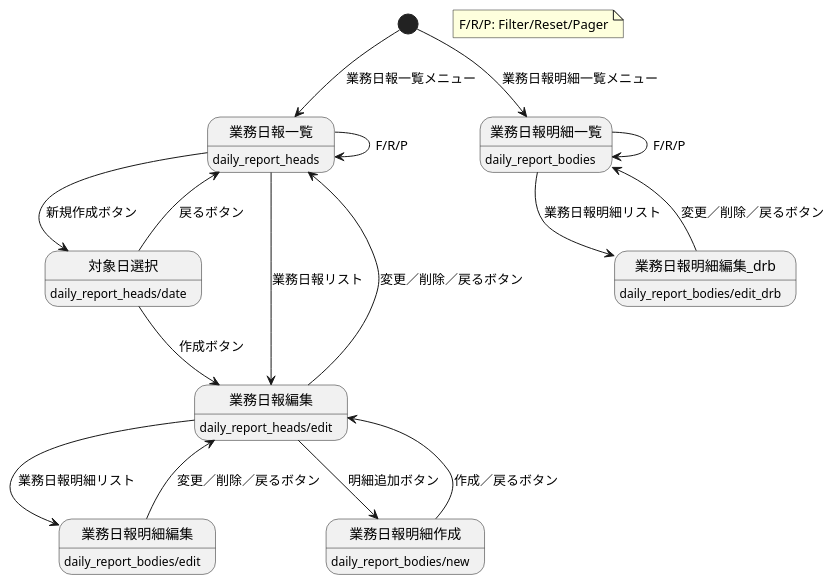
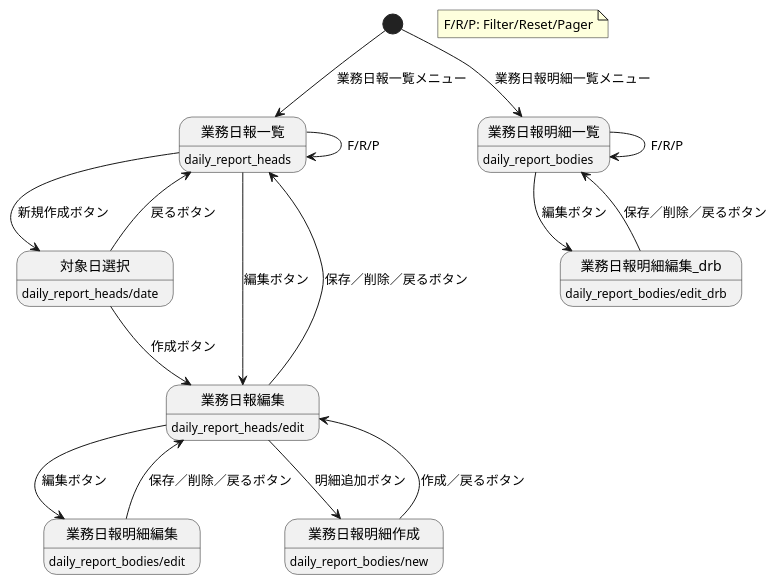
Before and after one commit to cedge1michi/tass_mock-frontend: the diagram in docs/daily_reports.pu, drawn with PlantUML. The commit also changed 27 other files, not shown here.

```diff
--- a/docs/daily_reports.pu
+++ b/docs/daily_reports.pu
@@ -1,35 +1,35 @@
 @startuml 業務日報
 [*] --> 業務日報一覧: 業務日報一覧メニュー
 
 業務日報一覧 --> 対象日選択: 新規作成ボタン
 対象日選択 --> 業務日報一覧: 戻るボタン
 対象日選択 --> 業務日報編集: 作成ボタン
 
-業務日報一覧 --> 業務日報編集: 業務日報リスト
-業務日報編集 --> 業務日報一覧: 変更／削除／戻るボタン
+業務日報一覧 --> 業務日報編集: 編集ボタン
+業務日報編集 --> 業務日報一覧: 保存／削除／戻るボタン
 
-業務日報編集 --> 業務日報明細編集: 業務日報明細リスト
-業務日報明細編集 --> 業務日報編集: 変更／削除／戻るボタン
+業務日報編集 --> 業務日報明細編集: 編集ボタン
+業務日報明細編集 --> 業務日報編集: 保存／削除／戻るボタン
 
 業務日報編集 --> 業務日報明細作成: 明細追加ボタン
 業務日報明細作成 --> 業務日報編集: 作成／戻るボタン
 
 業務日報一覧 --> 業務日報一覧: F/R/P
 
 [*] --> 業務日報明細一覧: 業務日報明細一覧メニュー
 
-業務日報明細一覧 --> 業務日報明細編集_drb: 業務日報明細リスト
-業務日報明細編集_drb --> 業務日報明細一覧: 変更／削除／戻るボタン
+業務日報明細一覧 --> 業務日報明細編集_drb: 編集ボタン
+業務日報明細編集_drb --> 業務日報明細一覧: 保存／削除／戻るボタン
 
 業務日報明細一覧 --> 業務日報明細一覧: F/R/P
 
 業務日報一覧: daily_report_heads
 対象日選択: daily_report_heads/date
 業務日報編集: daily_report_heads/edit
 業務日報明細一覧: daily_report_bodies
 業務日報明細編集: daily_report_bodies/edit
 業務日報明細編集_drb: daily_report_bodies/edit_drb
 業務日報明細作成: daily_report_bodies/new
 
 note "F/R/P: Filter/Reset/Pager" as Note1
 @enduml
```
